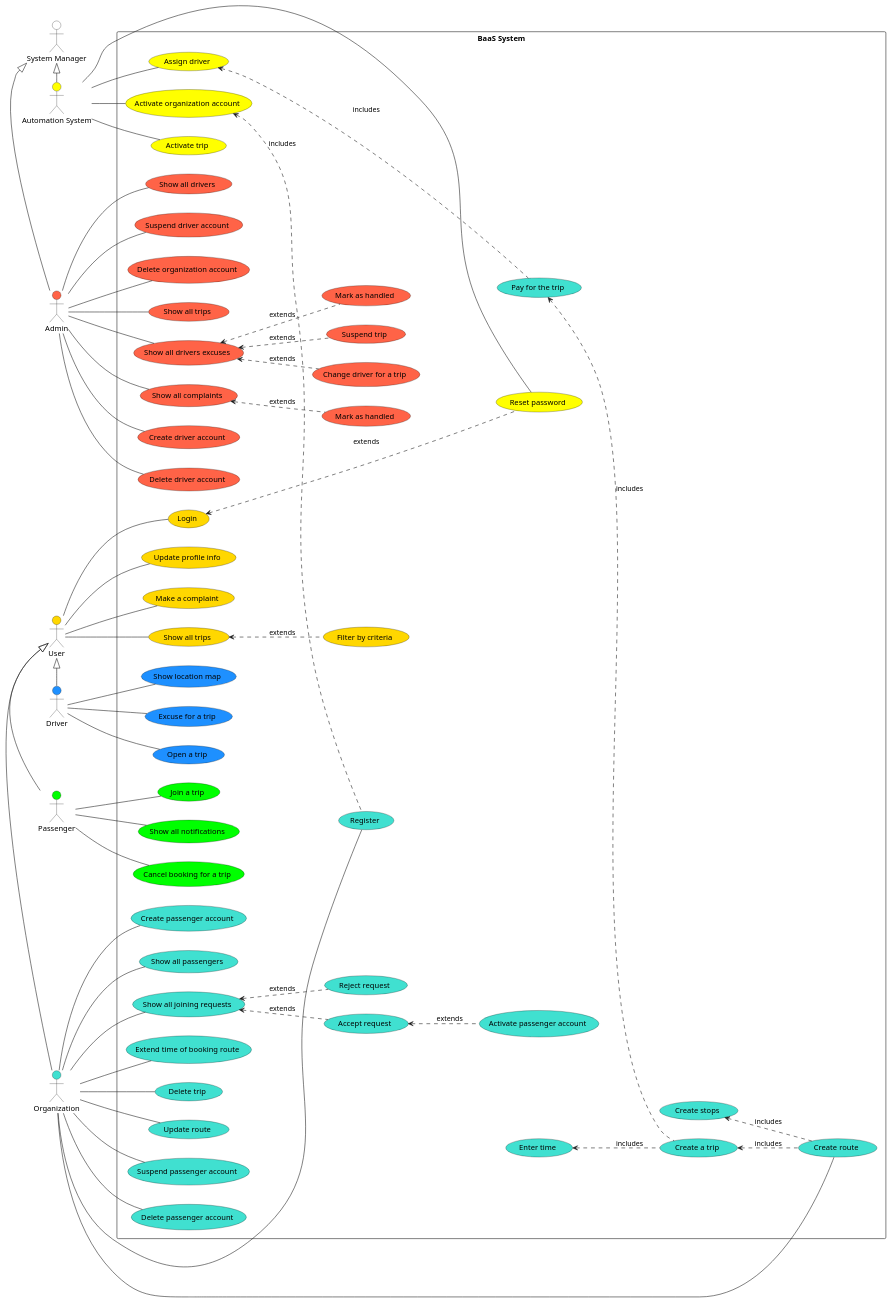
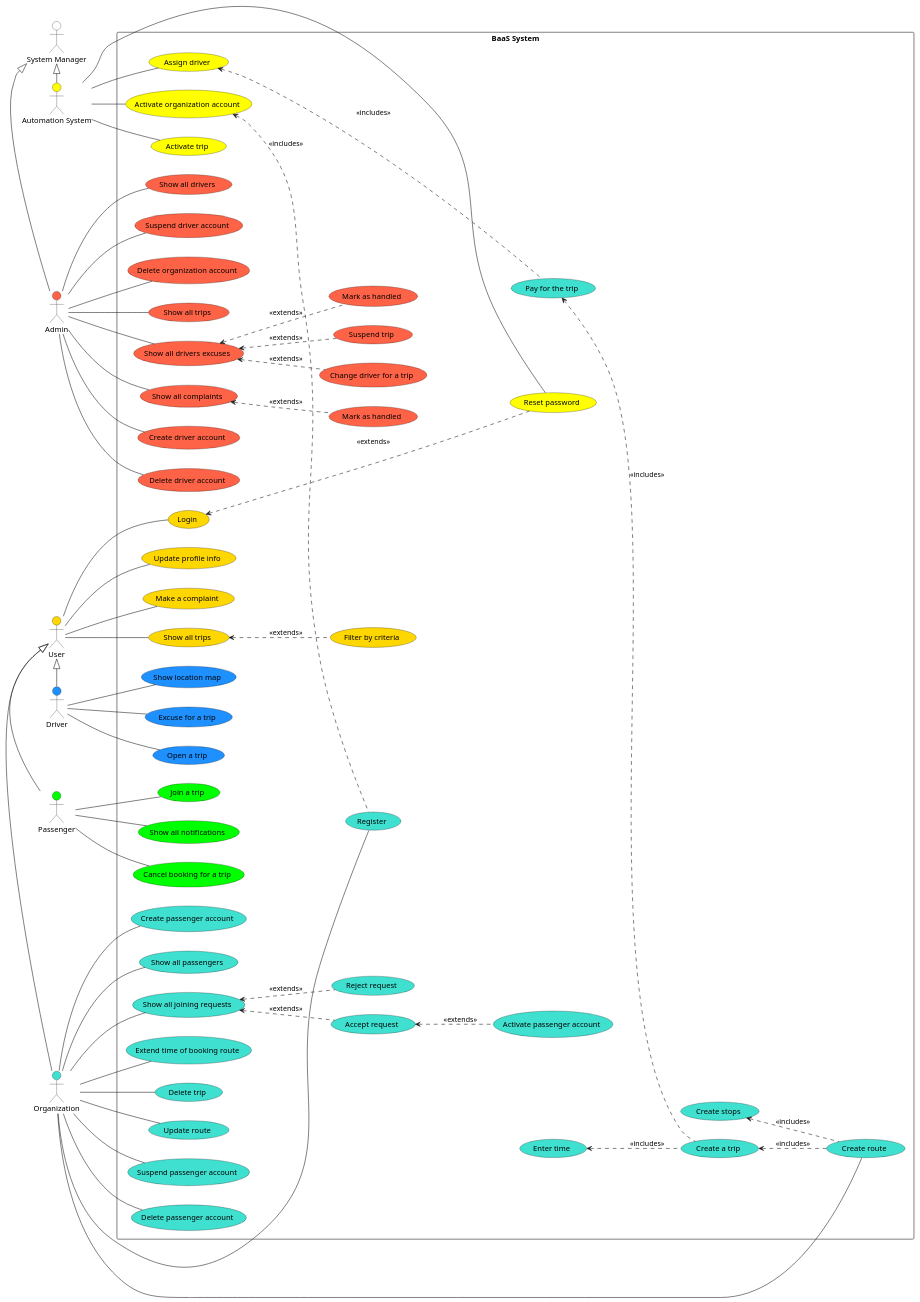
Before and after one commit to moazbasheer/BaaS_GP: the diagram in usecase-diagram.pu, drawn with PlantUML.

```diff
--- a/usecase-diagram.pu
+++ b/usecase-diagram.pu
@@ -1,133 +1,133 @@
 @startuml usecase-diagram
 
 left to right direction
 
 rectangle "BaaS System" {
     usecase "Login" as login #Gold
     usecase "Update profile info" as update_profile #Gold
     usecase "Make a complaint" as make_complaint #Gold
     usecase "Show all trips" as show_trips1 #Gold
     usecase "Filter by criteria" as filter_criteria #Gold
     usecase "Reset password" as reset_password #Yellow
     usecase "Activate organization account" as activate_organization #Yellow
     usecase "Assign driver" as assign_driver #Yellow
     usecase "Activate trip" as activate_trip #Yellow
     usecase "Cancel booking for a trip" as cancel_booking #Lime
     usecase "Join a trip" as join_trip #Lime
     usecase "Show all notifications" as show_notifications #Lime
     usecase "Open a trip" as open_trip #DodgerBlue
     usecase "Show location map" as show_location #DodgerBlue
     usecase "Excuse for a trip" as excuse_trip #DodgerBlue
     usecase "Show all drivers excuses" as show_drivers_excuses #Tomato
     usecase "Show all complaints" as show_complaints #Tomato
     usecase "Create driver account" as create_driver #Tomato
     usecase "Delete driver account" as delete_driver #Tomato
     usecase "Show all drivers" as show_drivers #Tomato
     usecase "Suspend driver account" as suspend_driver #Tomato
     usecase "Delete organization account" as delete_organization #Tomato
     usecase "Mark as handled" as mark_handled1 #Tomato
     usecase "Mark as handled" as mark_handled2 #Tomato
     usecase "Show all trips" as show_trips2 #Tomato
     usecase "Change driver for a trip" as change_driver #Tomato
     usecase "Suspend trip" as suspend_trip #Tomato
     usecase "Register" as register #Turquoise
     usecase "Suspend passenger account" as suspend_passenger #Turquoise
     usecase "Delete passenger account" as delete_passenger #Turquoise
     usecase "Create passenger account" as create_passenger #Turquoise
     usecase "Activate passenger account" as activate_passenger #Turquoise
     usecase "Show all passengers" as show_passengers #Turquoise
     usecase "Show all joining requests" as show_joining_requests #Turquoise
     usecase "Extend time of booking route" as extend_booking #Turquoise
     usecase "Delete trip" as delete_trip #Turquoise
     usecase "Create route" as create_route #Turquoise
     usecase "Update route" as update_route #Turquoise
     usecase "Create stops" as create_stops #Turquoise
     usecase "Create a trip" as create_trip #Turquoise
     usecase "Enter time" as enter_time #Turquoise
     usecase "Pay for the trip" as pay_for_trip #Turquoise
     usecase "Accept request" as accept_request #Turquoise
     usecase "Reject request" as reject_request #Turquoise
 }
 
 actor "User" as user #Gold
 actor "Organization" as organization #Turquoise
 actor "Passenger" as passenger #Lime
 actor "Driver" as driver #DodgerBlue
 
 actor "System Manager" as system_manager #White
 actor "Admin" as admin #Tomato
 actor "Automation System" as automation_system #Yellow
 
 system_manager <|- admin
 system_manager <|- automation_system
 
 user <|- organization
 user <|- passenger
 user <|- driver
 
 user -- login
 user -- make_complaint
 user -- update_profile
 user -- show_trips1
 
 organization -- register
 organization -- suspend_passenger
 organization -- delete_passenger
 organization -- show_passengers
 organization -- create_passenger
 organization -- show_joining_requests
 organization -- extend_booking
 organization -- delete_trip
 organization -- update_route
 organization -- create_route
 
 passenger -- cancel_booking
 passenger -- join_trip
 passenger -- show_notifications
 
 driver -- open_trip
 driver -- show_location
 driver -- excuse_trip
 
 automation_system -- reset_password
 automation_system -- activate_organization
 automation_system -- assign_driver
 automation_system -- activate_trip
 
 admin -- delete_organization
 admin -- suspend_driver
 admin -- show_drivers
 admin -- delete_driver
 admin -- create_driver
 admin -- show_complaints
 admin -- show_trips2
 admin -- show_drivers_excuses
 
-login <... reset_password : extends
+login <... reset_password : <<extends>>
 
-show_joining_requests <.. reject_request : extends
-show_joining_requests <.. accept_request : extends
+show_joining_requests <.. reject_request : <<extends>>
+show_joining_requests <.. accept_request : <<extends>>
 
-show_trips1 <.. filter_criteria : extends
+show_trips1 <.. filter_criteria : <<extends>>
 
-activate_organization <.. register : includes
+activate_organization <.. register : <<includes>>
 
-assign_driver <... pay_for_trip : includes
+assign_driver <... pay_for_trip : <<includes>>
 
-show_complaints <.. mark_handled1 : extends
+show_complaints <.. mark_handled1 : <<extends>>
 
-show_drivers_excuses <.. change_driver : extends
-show_drivers_excuses <.. suspend_trip : extends
-show_drivers_excuses <.. mark_handled2 : extends
+show_drivers_excuses <.. change_driver : <<extends>>
+show_drivers_excuses <.. suspend_trip : <<extends>>
+show_drivers_excuses <.. mark_handled2 : <<extends>>
 
-create_stops <.. create_route : includes
+create_stops <.. create_route : <<includes>>
 
-create_trip <.. create_route : includes
+create_trip <.. create_route : <<includes>>
 
-accept_request <.. activate_passenger : extends
+accept_request <.. activate_passenger : <<extends>>
 
-pay_for_trip <.. create_trip : includes
+pay_for_trip <.. create_trip : <<includes>>
 
-enter_time <.. create_trip : includes
+enter_time <.. create_trip : <<includes>>
 
 @enduml
```
